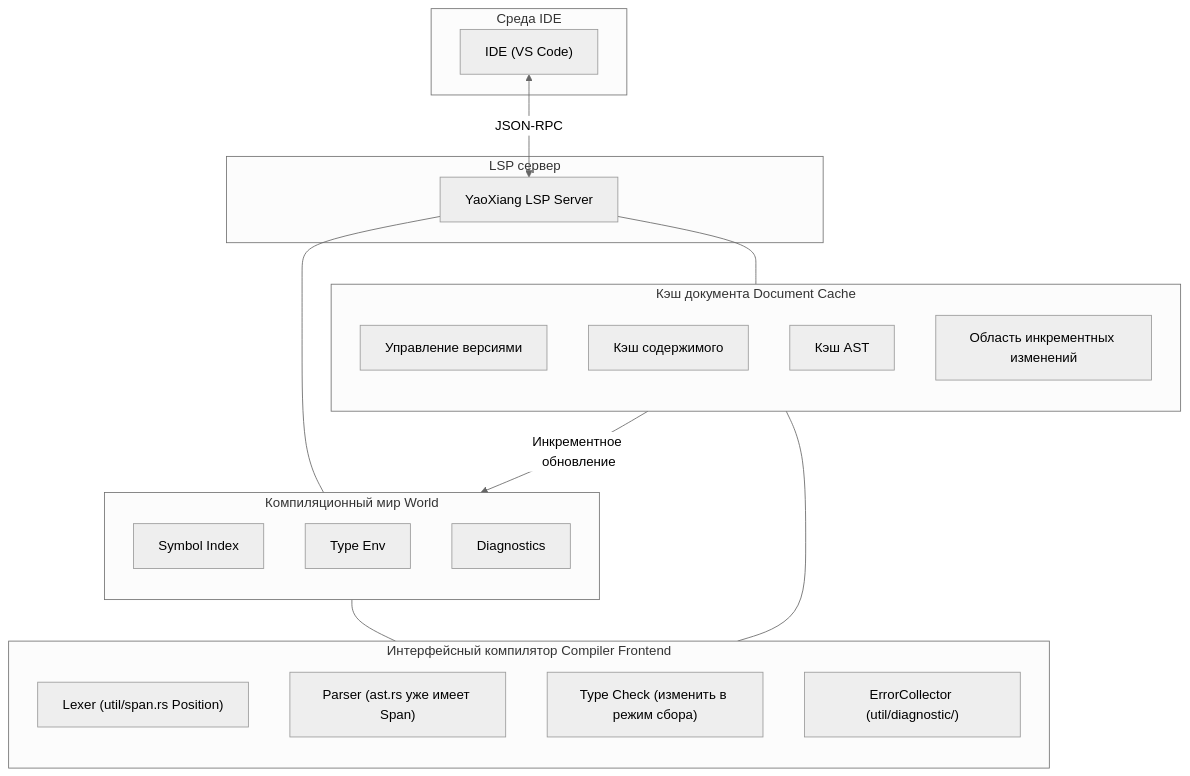
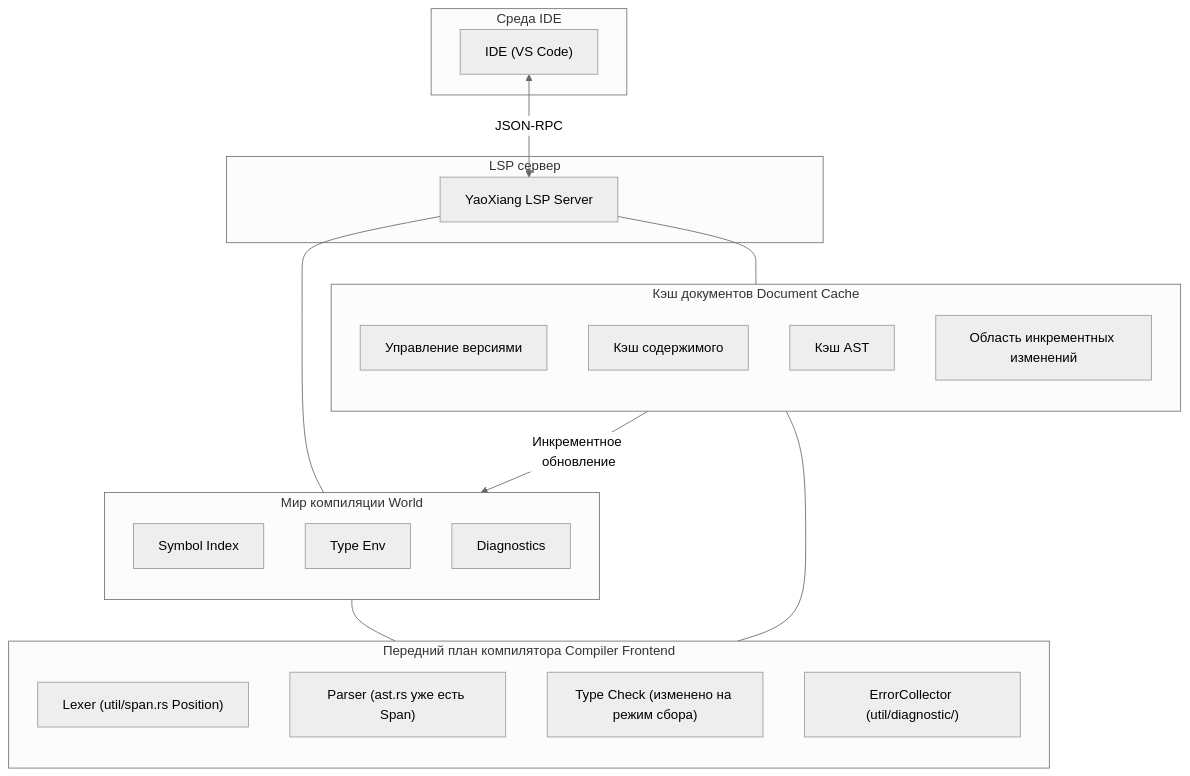
One commit to ChenXu233/YaoXiang changed the diagram in docs/src/ru/design/rfc/accepted/017-lsp-support.md. Above: the diagram before and after it, drawn with Mermaid (neutral theme). The commit also changed other lines of this file and 163 other files, not shown here.

````diff
--- a/docs/src/ru/design/rfc/accepted/017-lsp-support.md
+++ b/docs/src/ru/design/rfc/accepted/017-lsp-support.md
@@ -161,43 +149,43 @@
 ```mermaid
 flowchart TD
     subgraph IDE_Environment [Среда IDE]
         IDE["IDE (VS Code)"]
     end
 
     subgraph LSP_Server [LSP сервер]
         LSP["YaoXiang LSP Server"]
     end
 
-    subgraph World_Compile [Компиляционный мир World]
+    subgraph World_Compile [Мир компиляции World]
         direction TB
         W_Symbol["Symbol Index"]
         W_Type["Type Env"]
         W_Diag["Diagnostics"]
     end
 
-    subgraph Cache [Кэш документа Document Cache]
+    subgraph Cache [Кэш документов Document Cache]
         direction TB
         C_Version["Управление версиями"]
         C_Content["Кэш содержимого"]
         C_AST["Кэш AST"]
         C_Delta["Область инкрементных изменений"]
     end
 
-    subgraph Frontend [Интерфейсный компилятор Compiler Frontend]
+    subgraph Frontend [Передний план компилятора Compiler Frontend]
         direction TB
         F_Lexer["Lexer (util/span.rs Position)"]
-        F_Parser["Parser (ast.rs уже имеет Span)"]
-        F_TypeCheck["Type Check (изменить в режим сбора)"]
+        F_Parser["Parser (ast.rs уже есть Span)"]
+        F_TypeCheck["Type Check (изменено на режим сбора)"]
         F_ErrorCollector["ErrorCollector (util/diagnostic/)"]
     end
 
     IDE <-->|JSON-RPC| LSP
 
     LSP --- World_Compile
     LSP --- Cache
 
     Cache -- "Инкрементное обновление" --> World_Compile
 
     World_Compile --- Frontend
     Cache --- Frontend
 ```
````
